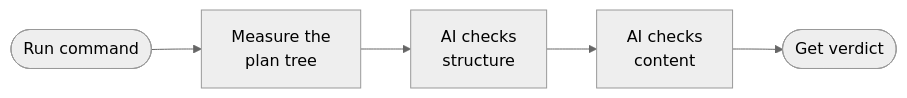
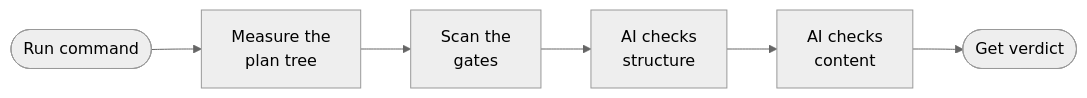
Before and after one commit to gabgoss/planwise: the third of 12 diagrams in plugins/planwise/README.md, drawn with Mermaid (neutral theme). The commit also changed other lines of this file and 13 other files, not shown here.

````diff
--- a/plugins/planwise/README.md
+++ b/plugins/planwise/README.md
@@ -182,4 +183,4 @@
 ```mermaid
 flowchart LR
-    A([Run command]) --> B[Measure the<br/>plan tree] --> C[AI checks<br/>structure] --> D[AI checks<br/>content] --> E([Get verdict])
+    A([Run command]) --> B[Measure the<br/>plan tree] --> G[Scan the<br/>gates] --> C[AI checks<br/>structure] --> D[AI checks<br/>content] --> E([Get verdict])
 ```
````
